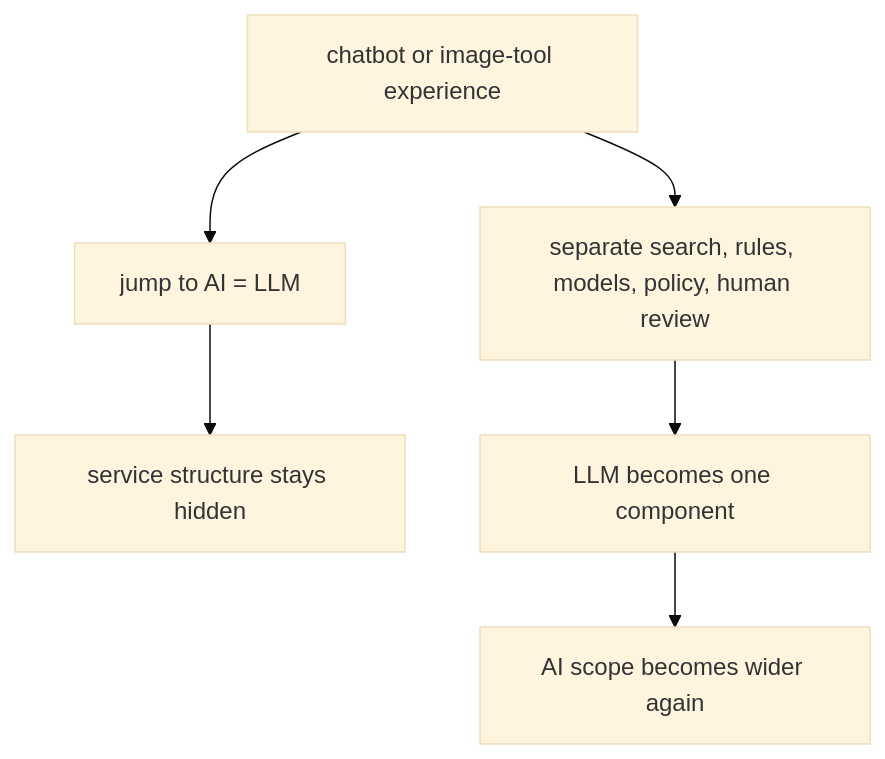
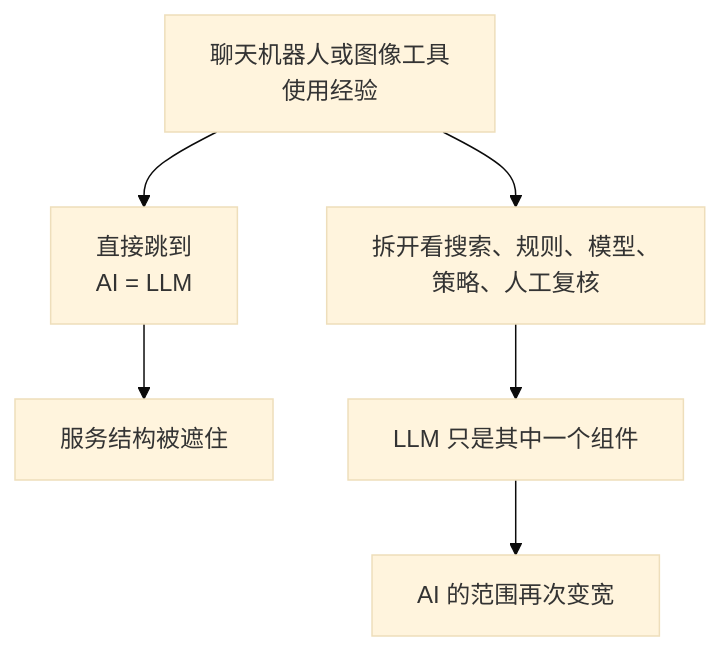
Before and after one commit to devchan64/AiBook: the third of 3 diagrams in docs/zh/parts/part-04/chapter-01/section-01.md, drawn with Mermaid (base theme). The commit also changed other lines of this file and 11 other files, not shown here.

````diff
--- a/docs/zh/parts/part-04/chapter-01/section-01.md
+++ b/docs/zh/parts/part-04/chapter-01/section-01.md
@@ -229,12 +229,12 @@
 ```mermaid
 flowchart TD
-  A["chatbot or image-tool experience"]
-  B["jump to AI = LLM"]
-  C["service structure stays hidden"]
-  D["separate search, rules, models, policy, human review"]
-  E["LLM becomes one component"]
-  F["AI scope becomes wider again"]
+  A["聊天机器人或图像工具<br/>使用经验"]
+  B["直接跳到<br/>AI = LLM"]
+  C["服务结构被遮住"]
+  D["拆开看搜索、规则、模型、<br/>策略、人工复核"]
+  E["LLM 只是其中一个组件"]
+  F["AI 的范围再次变宽"]
 
   A --> B --> C
   A --> D --> E --> F
 ```
````
